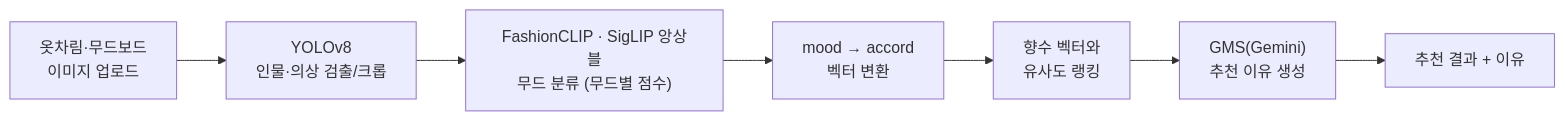
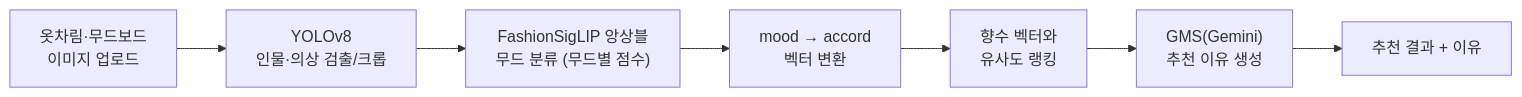
The second of 2 diagrams in README.md (bassy3260/scent_diary), drawn with Mermaid before and after one commit. The commit also changed other lines of this file, not shown here.

First line of the commit message:
Fix formatting and update architecture descriptions

````diff
--- a/README.md
+++ b/README.md
@@ -108,9 +108,9 @@
 ```mermaid
 flowchart LR
     A["옷차림·무드보드<br/>이미지 업로드"] --> B["YOLOv8<br/>인물·의상 검출/크롭"]
-    B --> C["FashionCLIP · SigLIP 앙상블<br/>무드 분류 (무드별 점수)"]
+    B --> C["FashionSigLIP 앙상블<br/>무드 분류 (무드별 점수)"]
     C --> D["mood → accord<br/>벡터 변환"]
     D --> E["향수 벡터와<br/>유사도 랭킹"]
     E --> F["GMS(Gemini)<br/>추천 이유 생성"]
     F --> G["추천 결과 + 이유"]
 ```
````
